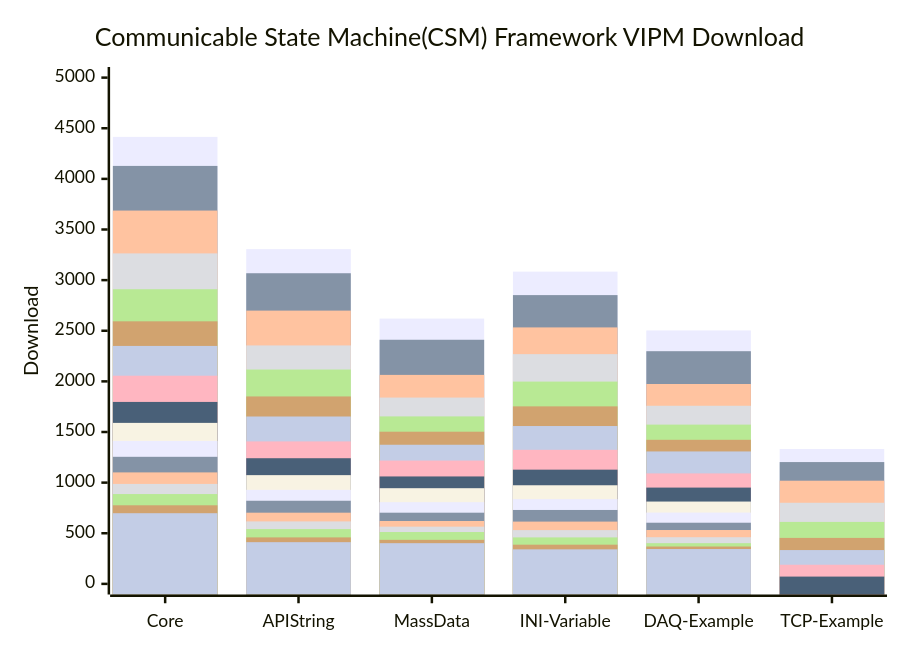
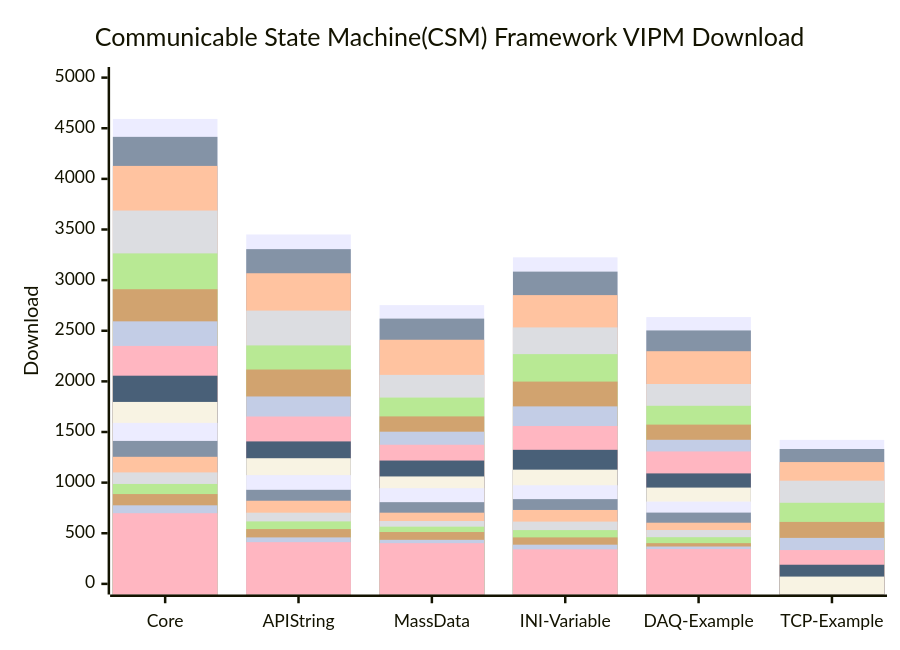
The diagram in profile/README.md (NEVSTOP-LAB/.github), drawn with Mermaid before and after one commit.

````diff
--- a/profile/README.md
+++ b/profile/README.md
@@ -31,23 +31,24 @@
 ```mermaid
     xychart-beta
     title "Communicable State Machine(CSM) Framework VIPM Download"
     x-axis [Core, API String, MassData, INI-Variable, DAQ-Example, TCP-Example]
     y-axis "Download" 0 --> 5000
-    bar   [4415, 3306, 2620, 3084, 2503, 1332]
+    bar   [4592, 3451, 2753, 3225, 2635, 1422, 2025.11]
+    bar   [4415, 3306, 2620, 3084, 2503, 1332, 2025.10]
     bar   [4128, 3068, 2411, 2852, 2298, 1203]
     bar   [3687, 2699, 2064, 2533, 1974, 1019]
     bar   [3264, 2355, 1840, 2269, 1759, 801]
     bar   [2910, 2117, 1654, 1998, 1573, 612]
     bar   [2593, 1851, 1503, 1753, 1423, 454]
     bar   [2350, 1653, 1374, 1559, 1308, 334]
     bar   [2056, 1407, 1218, 1324, 1091, 189]
     bar   [1797, 1241, 1061, 1128, 951, 72]
     bar   [1590, 1074, 945, 974, 813]
     bar   [1412, 929, 807, 837, 704]
     bar   [1255, 821, 703, 730, 604]
     bar   [1101, 703, 621, 615, 532]
     bar   [987, 617, 565, 531, 461]
     bar   [887, 541, 512, 459, 402]
     bar   [776, 459, 435, 387, 369]
     bar   [698, 412, 402, 341, 344]
 ```
````
